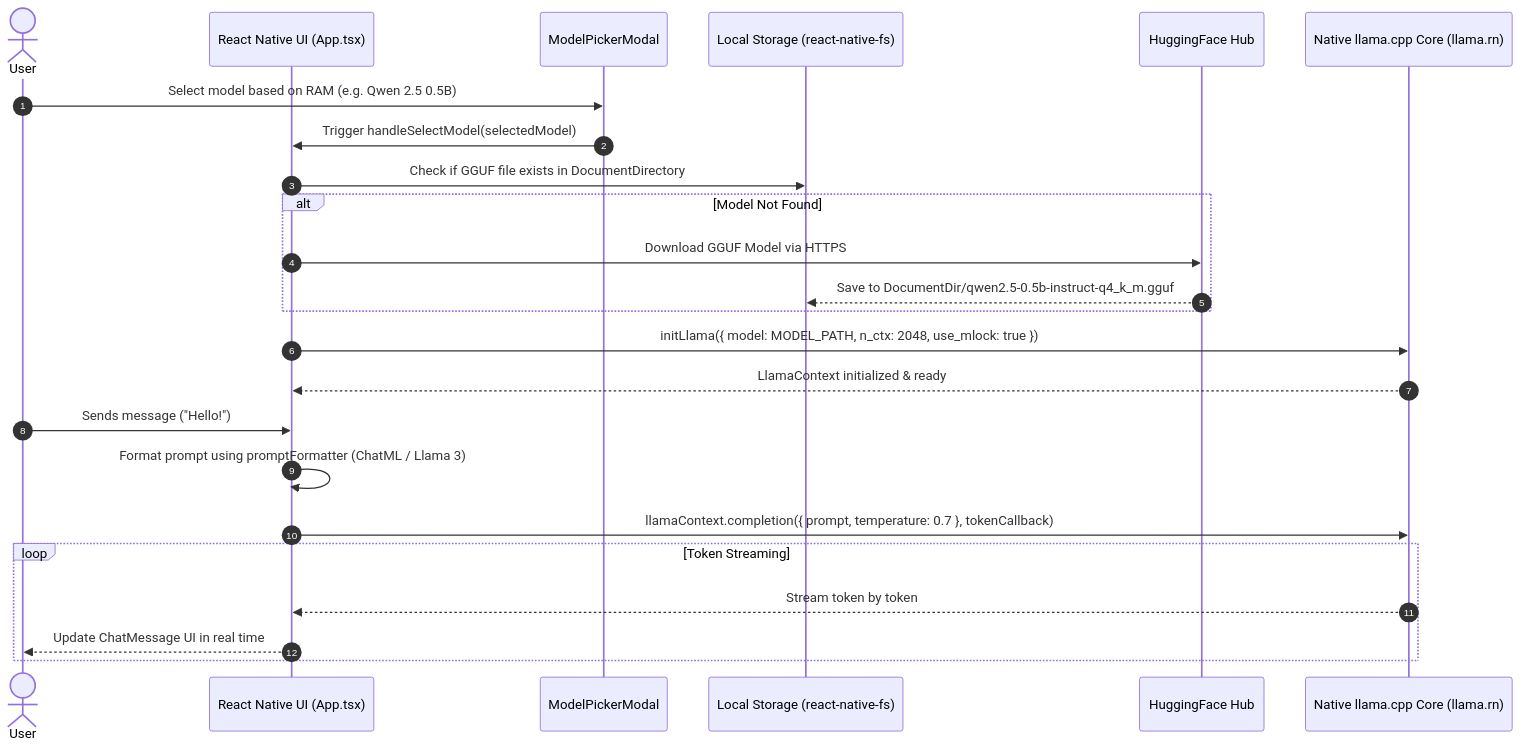
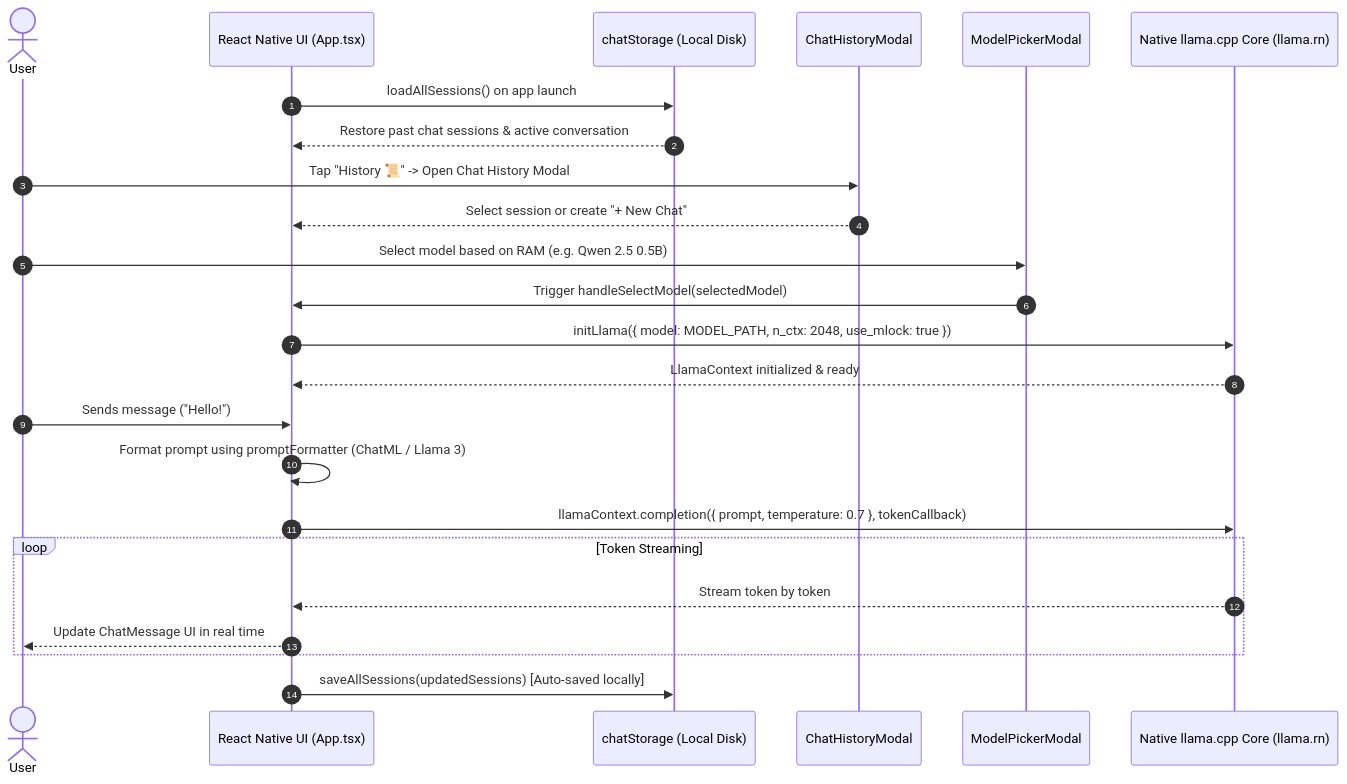
The diagram in README.md (kevinknight09/NativeLLM), drawn with Mermaid before and after one commit. The commit also changed other lines of this file and 6 other files, not shown here.

````diff
--- a/README.md
+++ b/README.md
@@ -54,28 +59,30 @@
 ```mermaid
 sequenceDiagram
     autonumber
     actor User
     participant App as React Native UI (App.tsx)
+    participant Storage as chatStorage (Local Disk)
+    participant History as ChatHistoryModal
     participant Picker as ModelPickerModal
-    participant FS as Local Storage (react-native-fs)
-    participant HF as HuggingFace Hub
     participant Llama as Native llama.cpp Core (llama.rn)
 
+    App->>Storage: loadAllSessions() on app launch
+    Storage-->>App: Restore past chat sessions & active conversation
+    
+    User->>History: Tap "History 📜" -> Open Chat History Modal
+    History-->>App: Select session or create "+ New Chat"
+    
     User->>Picker: Select model based on RAM (e.g. Qwen 2.5 0.5B)
     Picker->>App: Trigger handleSelectModel(selectedModel)
-    App->>FS: Check if GGUF file exists in DocumentDirectory
-    alt Model Not Found
-        App->>HF: Download GGUF Model via HTTPS
-        HF-->>FS: Save to DocumentDir/qwen2.5-0.5b-instruct-q4_k_m.gguf
-    end
     App->>Llama: initLlama({ model: MODEL_PATH, n_ctx: 2048, use_mlock: true })
     Llama-->>App: LlamaContext initialized & ready
     
     User->>App: Sends message ("Hello!")
     App->>App: Format prompt using promptFormatter (ChatML / Llama 3)
     App->>Llama: llamaContext.completion({ prompt, temperature: 0.7 }, tokenCallback)
     loop Token Streaming
         Llama-->>App: Stream token by token
         App-->>User: Update ChatMessage UI in real time
     end
+    App->>Storage: saveAllSessions(updatedSessions) [Auto-saved locally]
 ```
````
